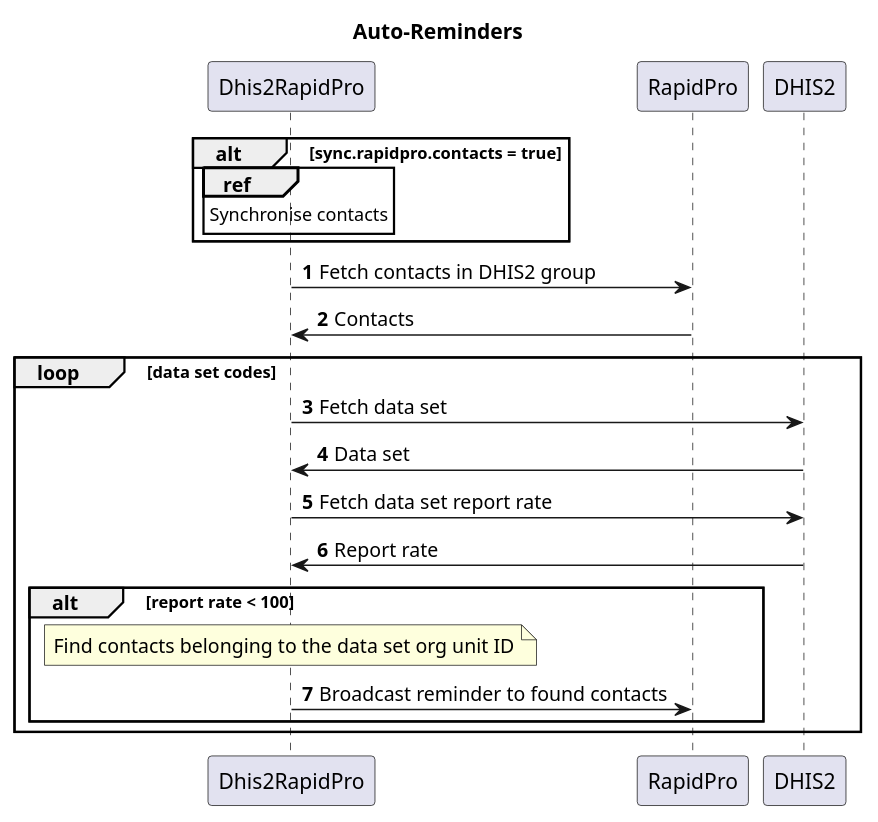
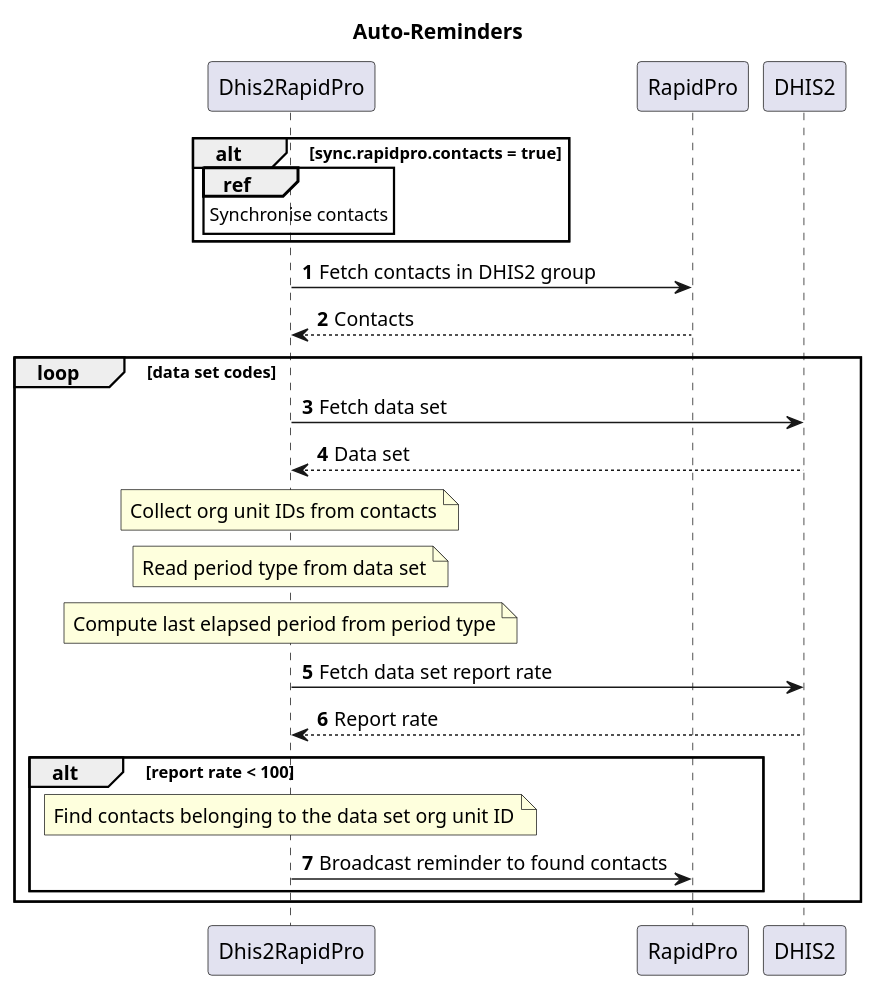
The diagram in design/plantuml/auto-reminders.puml (dhis2/integration-dhis-rapidpro), drawn with PlantUML before and after one commit. The commit also changed 4 other files, not shown here.

Commit message:
docs: UML refinement (#62)

```diff
--- a/design/plantuml/auto-reminders.puml
+++ b/design/plantuml/auto-reminders.puml
@@ -1,20 +1,23 @@
 @startuml
 title Auto-Reminders
 autonumber
 skinparam responseMessageBelowArrow true
 alt sync.rapidpro.contacts = true
     ref over Dhis2RapidPro : Synchronise contacts
 end
 Dhis2RapidPro -> RapidPro: Fetch contacts in DHIS2 group
-RapidPro -> Dhis2RapidPro: Contacts
+RapidPro --> Dhis2RapidPro: Contacts
 loop data set codes
     Dhis2RapidPro -> DHIS2: Fetch data set
-    DHIS2 -> Dhis2RapidPro: Data set
+    DHIS2 --> Dhis2RapidPro: Data set
+    note over Dhis2RapidPro: Collect org unit IDs from contacts
+    note over Dhis2RapidPro: Read period type from data set
+    note over Dhis2RapidPro: Compute last elapsed period from period type
     Dhis2RapidPro -> DHIS2: Fetch data set report rate
-    DHIS2 -> Dhis2RapidPro: Report rate
+    DHIS2 --> Dhis2RapidPro: Report rate
     alt report rate < 100
         note over Dhis2RapidPro: Find contacts belonging to the data set org unit ID
         Dhis2RapidPro -> RapidPro: Broadcast reminder to found contacts
     end
 end
 @enduml
```
